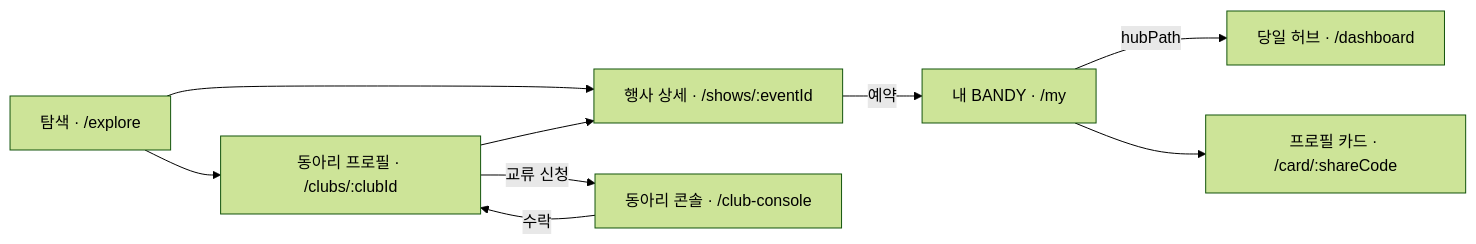
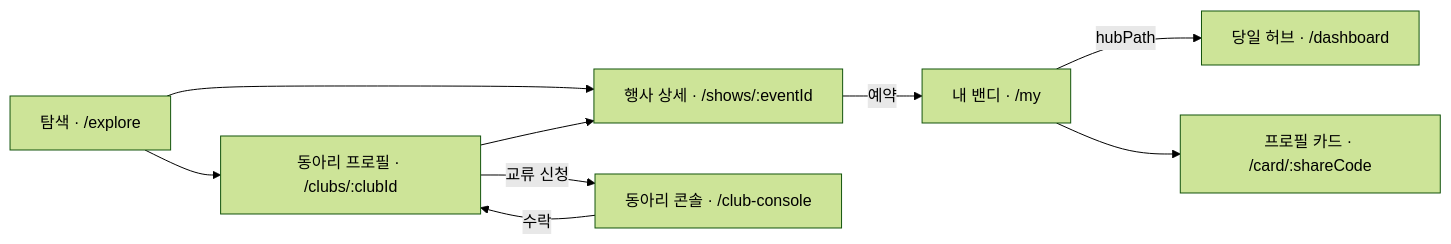
One commit to dlwldn4824/band changed the second of 9 diagrams in README.md. Above: the diagram before and after it, drawn with Mermaid (forest theme). The commit also changed other lines of this file and 5 other files, not shown here.

````diff
--- a/README.md
+++ b/README.md
@@ -64,11 +69,11 @@
 ```mermaid
 flowchart LR
   EX["탐색 · /explore"] --> CP["동아리 프로필 · /clubs/:clubId"]
   EX --> ED["행사 상세 · /shows/:eventId"]
   CP --> ED
   CP -->|교류 신청| CC["동아리 콘솔 · /club-console"]
   CC -->|수락| CP
-  ED -->|예약| MY["내 BANDY · /my"]
+  ED -->|예약| MY["내 밴디 · /my"]
   MY -->|hubPath| HUB["당일 허브 · /dashboard"]
   MY --> CARD["프로필 카드 · /card/:shareCode"]
 ```
````
